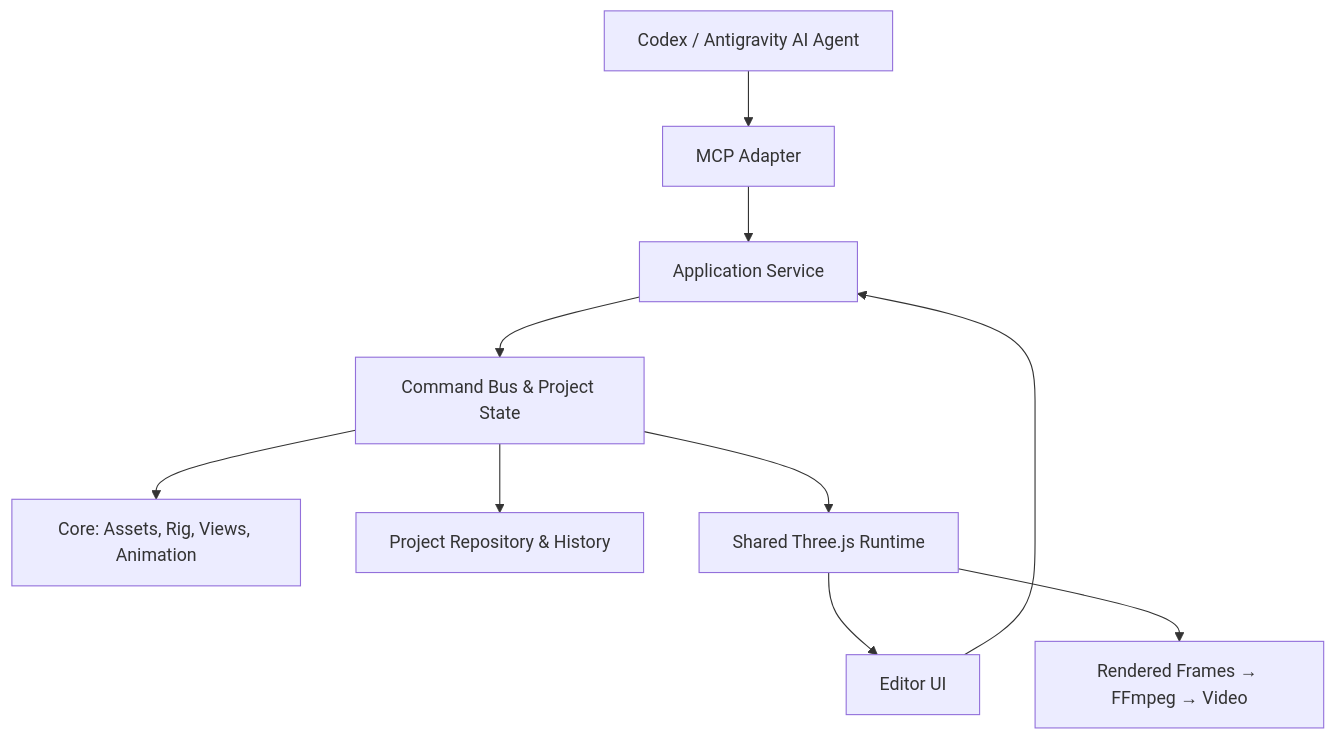
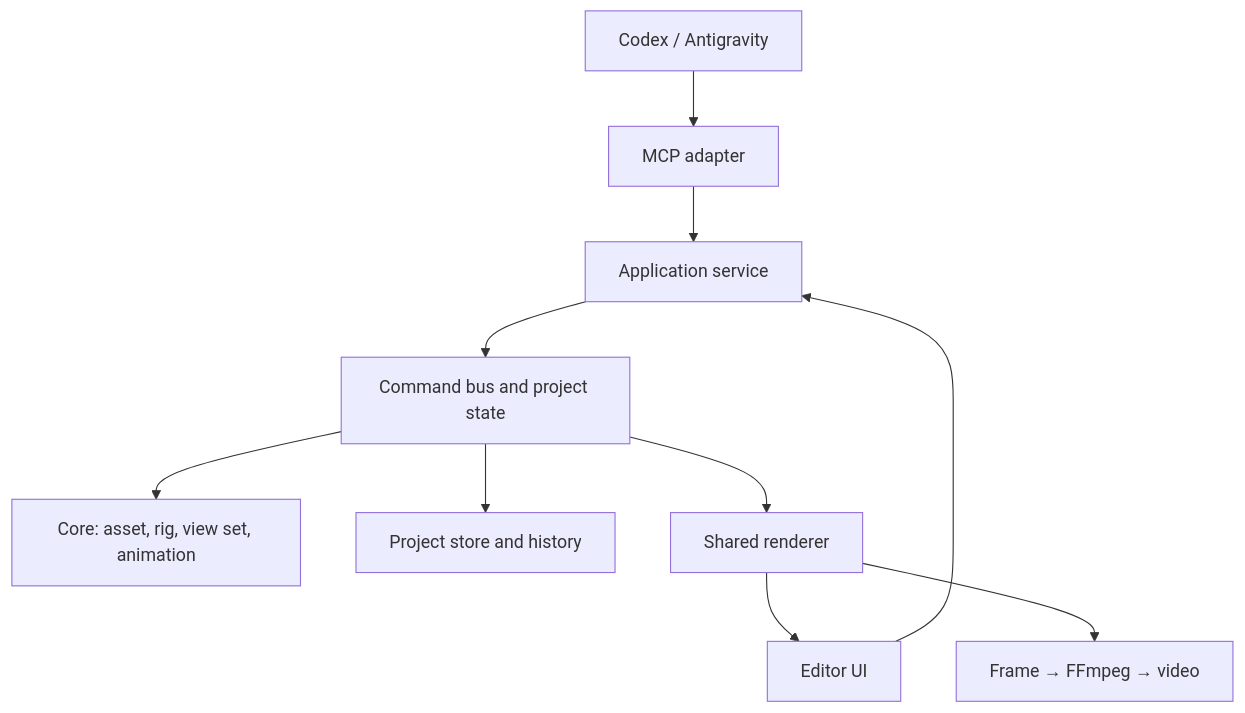
One commit to khuonghiiro/parallax-studio changed the second of 2 diagrams in docs/PLAN.md. Above: the diagram before and after it, drawn with Mermaid. The commit also changed other lines of this file and 48 other files, not shown here.

````diff
--- a/docs/PLAN.md
+++ b/docs/PLAN.md
@@ -108,12 +139,12 @@
 ```mermaid
 flowchart TD
-  A[Codex / Antigravity AI Agent] --> B[MCP Adapter]
-  U[Editor UI] --> C[Application Service]
+  A[Codex / Antigravity] --> B[MCP adapter]
+  U[Editor UI] --> C[Application service]
   B --> C
-  C --> D[Command Bus & Project State]
-  D --> E[Core: Assets, Rig, Views, Animation]
-  D --> F[Project Repository & History]
-  D --> G[Shared Three.js Runtime]
+  C --> D[Command bus and project state]
+  D --> E[Core: asset, rig, view set, animation]
+  D --> F[Project store and history]
+  D --> G[Shared renderer]
   G --> U
-  G --> H[Rendered Frames → FFmpeg → Video]
+  G --> H[Frame → FFmpeg → video]
 ```
````
